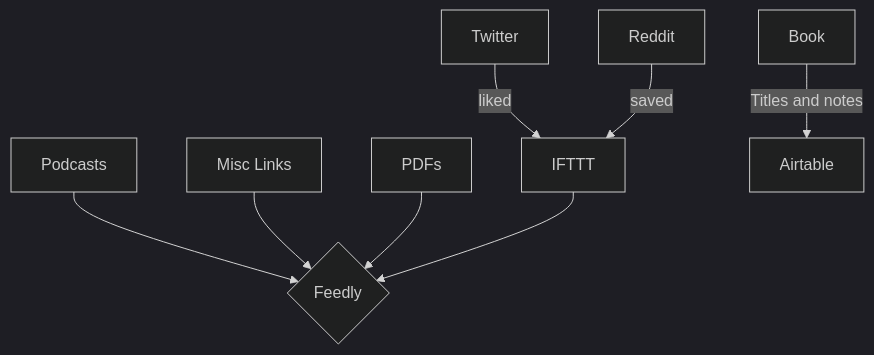
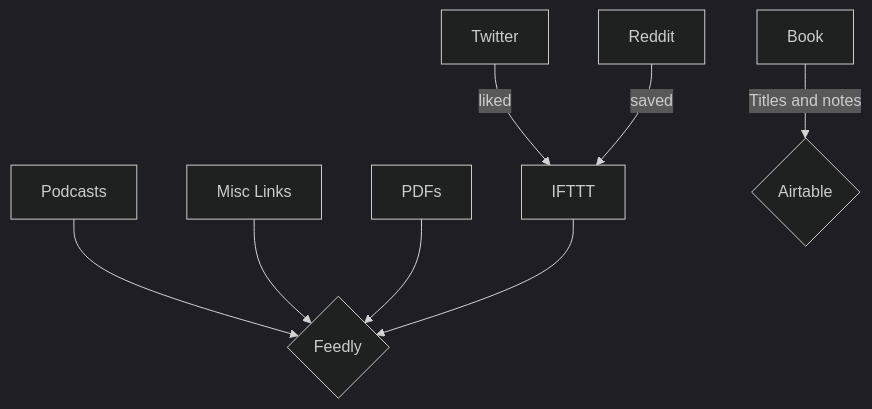
The diagram in README.md (derring-do/syllabus), drawn with Mermaid (dark theme) before and after one commit.

Commit message:
prototyping

```diff
--- a/README.md
+++ b/README.md
@@ -357,10 +357,10 @@
 <div class="mermaid">
 graph TD
 Podcasts --> Feedly{Feedly}
 Twitter --> |liked| IFTTT
 Reddit  --> |saved| IFTTT
 links["Misc Links"] --> Feedly
 PDFs --> Feedly
 IFTTT --> Feedly
-Book -->|"Titles and notes"| Airtable
+Book -->|"Titles and notes"| Airtable{Airtable}
 </div>
```
